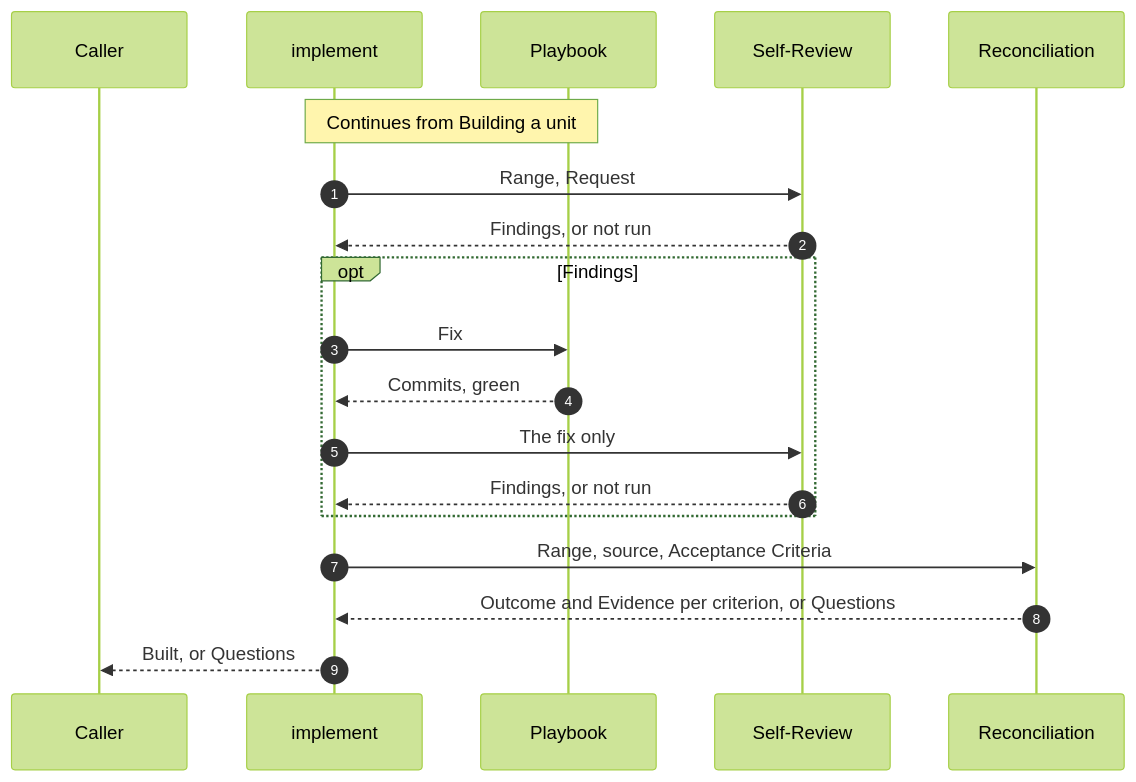
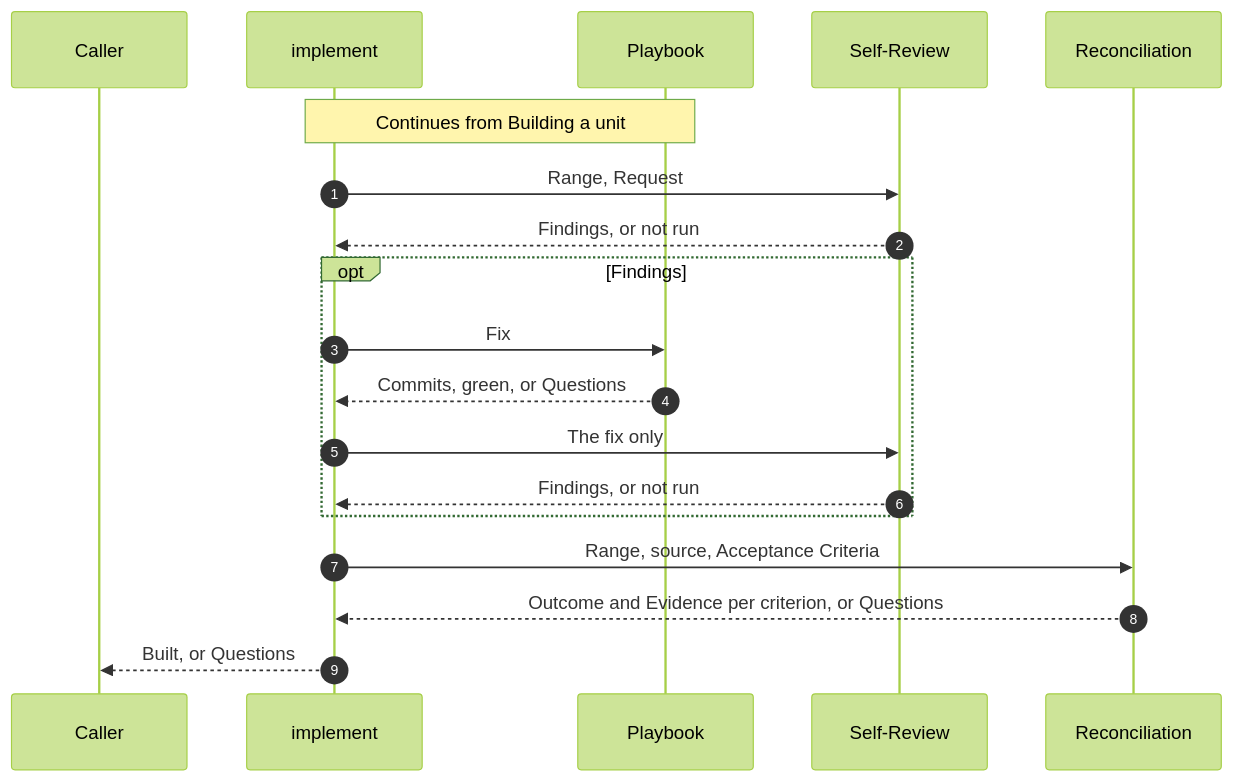
The third of 3 diagrams in docs/design/implement.md (maro114510/skills), drawn with Mermaid (forest theme) before and after one commit. The commit also changed other lines of this file, not shown here.

````diff
--- a/docs/design/implement.md
+++ b/docs/design/implement.md
@@ -101,21 +101,21 @@
 ```mermaid
 sequenceDiagram
     autonumber
     participant K as Caller
     participant I as implement
     participant PB as Playbook
     participant SR as Self-Review
     participant RC as Reconciliation
     Note over I,PB: Continues from Building a unit
     I->>SR: Range, Request
     SR-->>I: Findings, or not run
     opt Findings
         I->>PB: Fix
-        PB-->>I: Commits, green
+        PB-->>I: Commits, green, or Questions
         I->>SR: The fix only
         SR-->>I: Findings, or not run
     end
     I->>RC: Range, source, Acceptance Criteria
     RC-->>I: Outcome and Evidence per criterion, or Questions
     I-->>K: Built, or Questions
 ```
````
